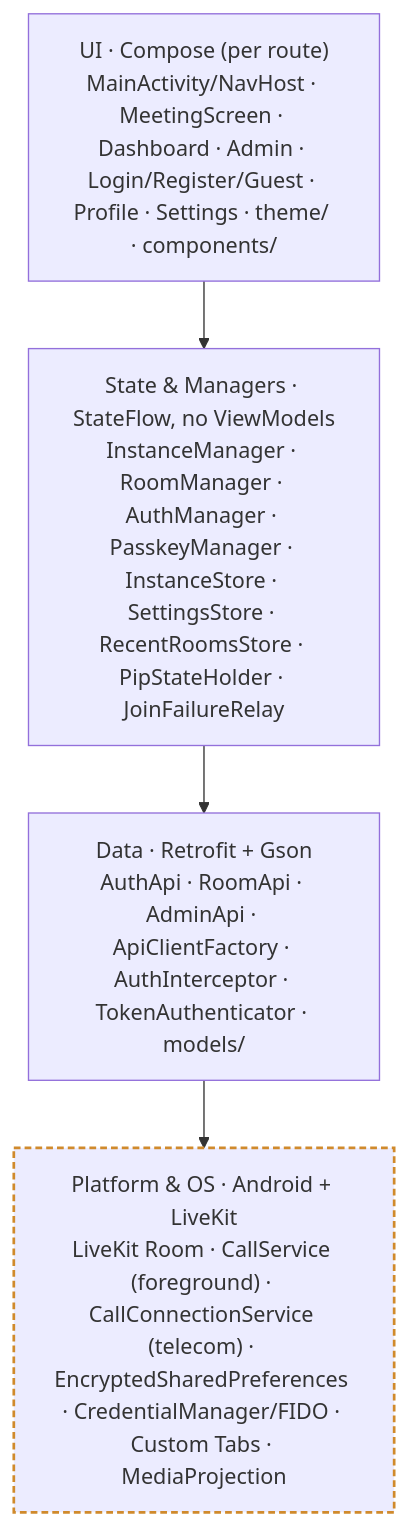
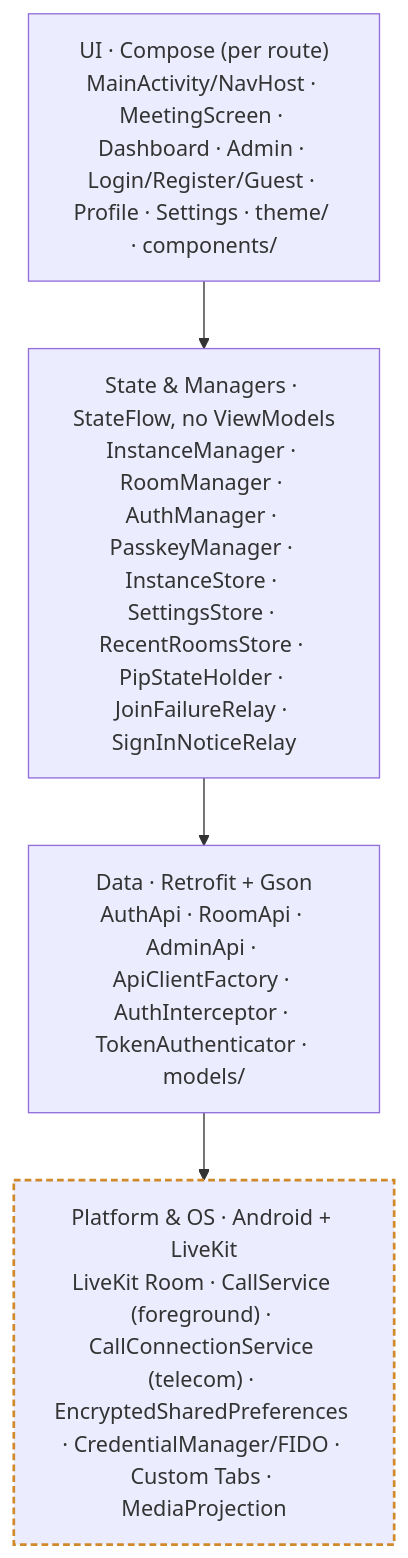
One commit to themadorg/bedrud-android changed the second of 7 diagrams in ARCHITECTURE.md. Above: the diagram before and after it, drawn with Mermaid. The commit also changed 19 other files, not shown here.

````diff
--- a/ARCHITECTURE.md
+++ b/ARCHITECTURE.md
@@ -77,10 +77,10 @@
 ```mermaid
 flowchart TD
     UI["UI · Compose (per route)<br/>MainActivity/NavHost · MeetingScreen · Dashboard · Admin · Login/Register/Guest · Profile · Settings · theme/ · components/"]
-    ST["State & Managers · StateFlow, no ViewModels<br/>InstanceManager · RoomManager · AuthManager · PasskeyManager · InstanceStore · SettingsStore · RecentRoomsStore · PipStateHolder · JoinFailureRelay"]
+    ST["State & Managers · StateFlow, no ViewModels<br/>InstanceManager · RoomManager · AuthManager · PasskeyManager · InstanceStore · SettingsStore · RecentRoomsStore · PipStateHolder · JoinFailureRelay · SignInNoticeRelay"]
     DA["Data · Retrofit + Gson<br/>AuthApi · RoomApi · AdminApi · ApiClientFactory · AuthInterceptor · TokenAuthenticator · models/"]
     PL["Platform & OS · Android + LiveKit<br/>LiveKit Room · CallService (foreground) · CallConnectionService (telecom) · EncryptedSharedPreferences · CredentialManager/FIDO · Custom Tabs · MediaProjection"]
     UI --> ST --> DA --> PL
     classDef plat stroke:#D08A2C,stroke-width:2px,stroke-dasharray:5 3;
     class PL plat
 ```
````
